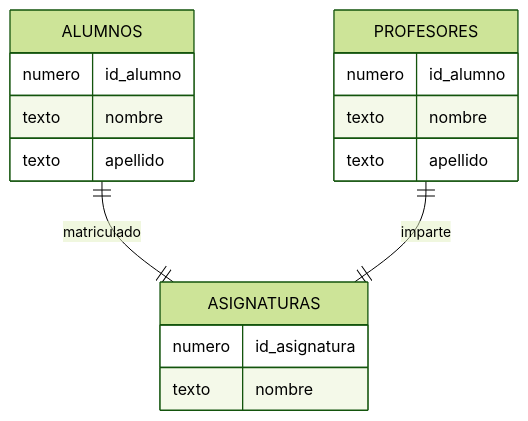
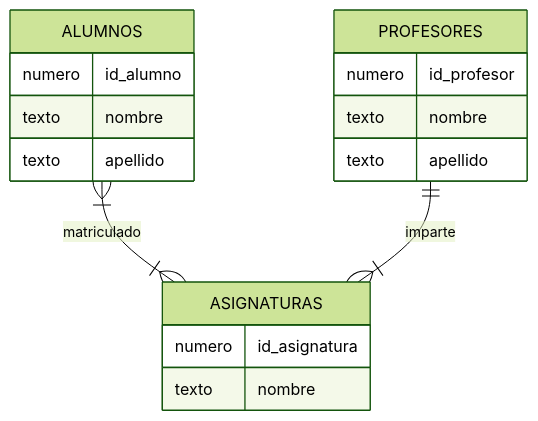
The fourth of 4 diagrams in content/modelado/intro.qmd (IraitzM/ingenieria-datos), drawn with Mermaid (forest theme) before and after one commit. The commit also changed other lines of this file and 4 other files, not shown here.

Commit message:
FIX ER diagrams

````diff
--- a/content/modelado/intro.qmd
+++ b/content/modelado/intro.qmd
@@ -67,23 +67,23 @@
 ```{mermaid}
 %%| fig-width: 6.5
 erDiagram
     ALUMNOS {
         numero id_alumno
         texto nombre
         texto apellido
     }
 
     ASIGNATURAS {
         numero id_asignatura
         texto nombre
     }
 
     PROFESORES {
-        numero id_alumno
+        numero id_profesor
         texto nombre
         texto apellido
     }
 
-    ALUMNOS ||--|| ASIGNATURAS : matriculado
-    PROFESORES ||--|| ASIGNATURAS : imparte
+    ALUMNOS }|--|{ ASIGNATURAS : matriculado
+    PROFESORES ||--|{ ASIGNATURAS : imparte
 ```
````
